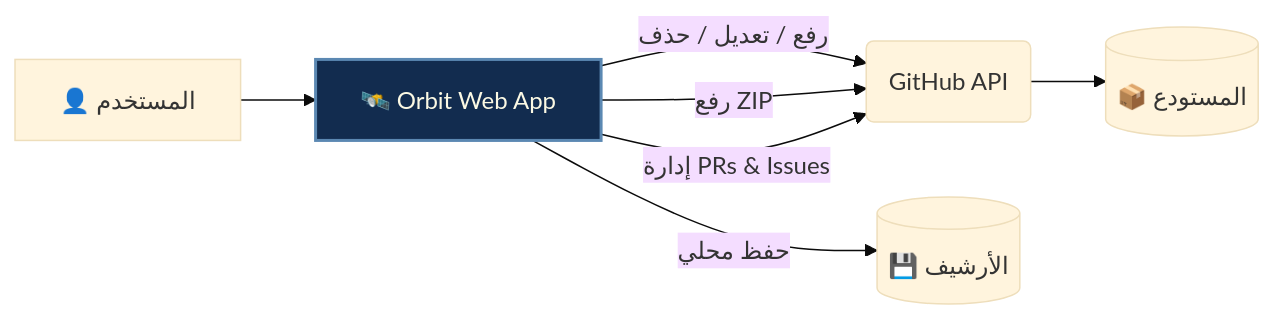
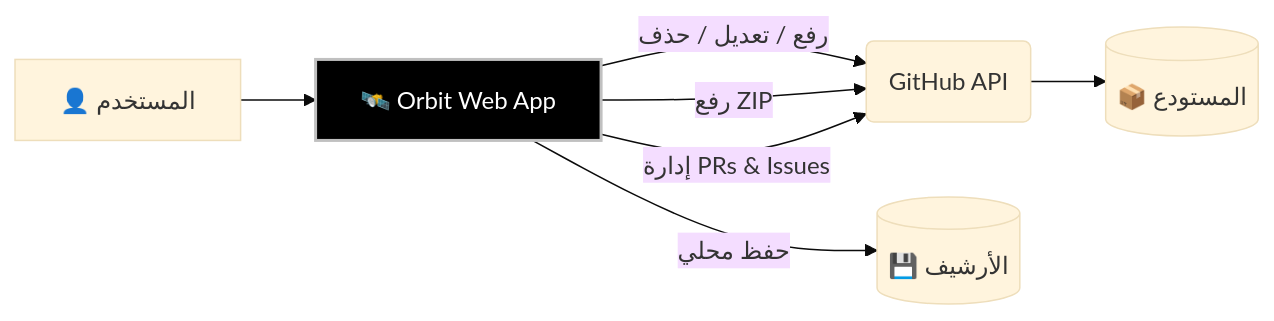
Before and after one commit to T7-T7/BOT-STEAM: the first of 2 diagrams in Orbit/README.md, drawn with Mermaid (base theme). The commit also changed other lines of this file, not shown here.

````diff
--- a/Orbit/README.md
+++ b/Orbit/README.md
@@ -50,11 +62,11 @@
 ```mermaid
 graph LR
     A[👤 المستخدم] --> B[🛰️ Orbit Web App]
     B -->|رفع / تعديل / حذف| C(GitHub API)
     B -->|رفع ZIP| C
     B -->|إدارة PRs & Issues| C
     C --> D[(📦 المستودع)]
     B -->|حفظ محلي| E[(💾 الأرشيف)]
     
-    style B fill:#122C4F,stroke:#5B88B2,stroke-width:2px,color:#FBF9E4
+    style B fill:#000000,stroke:#c0c0c0,stroke-width:2px,color:#ffffff
 ```
````
